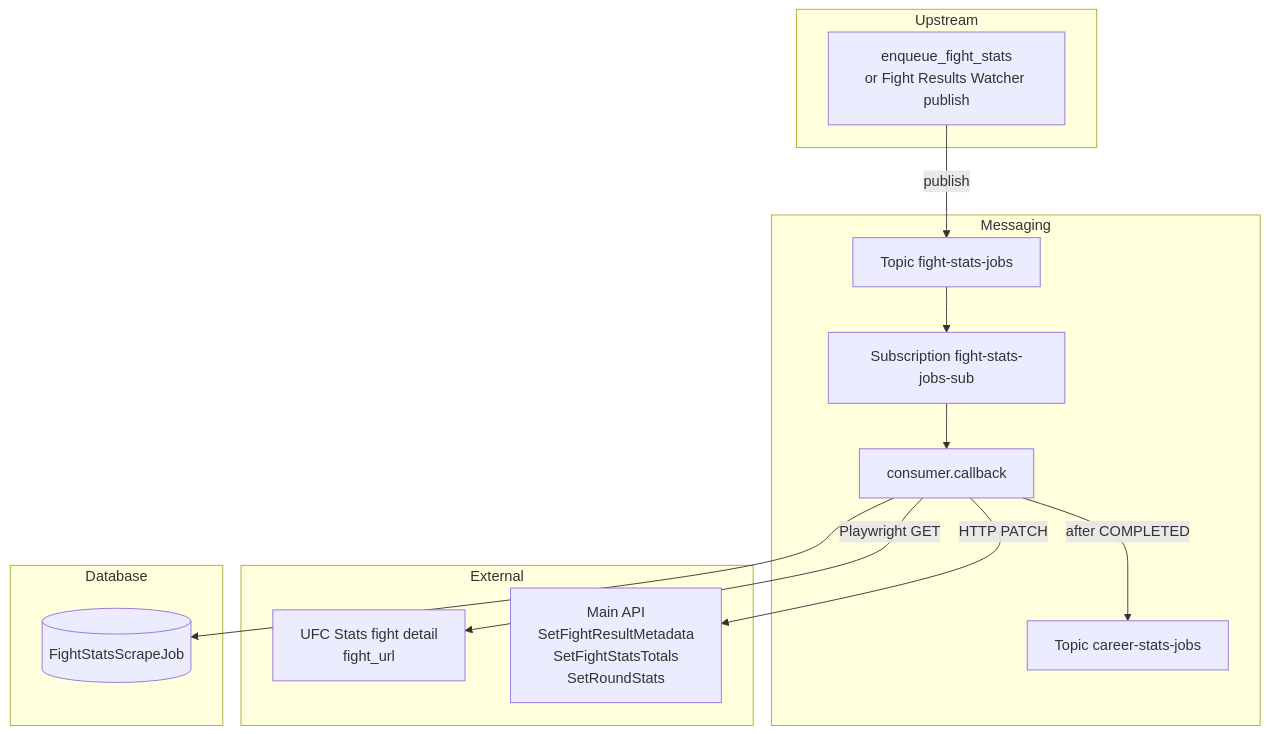
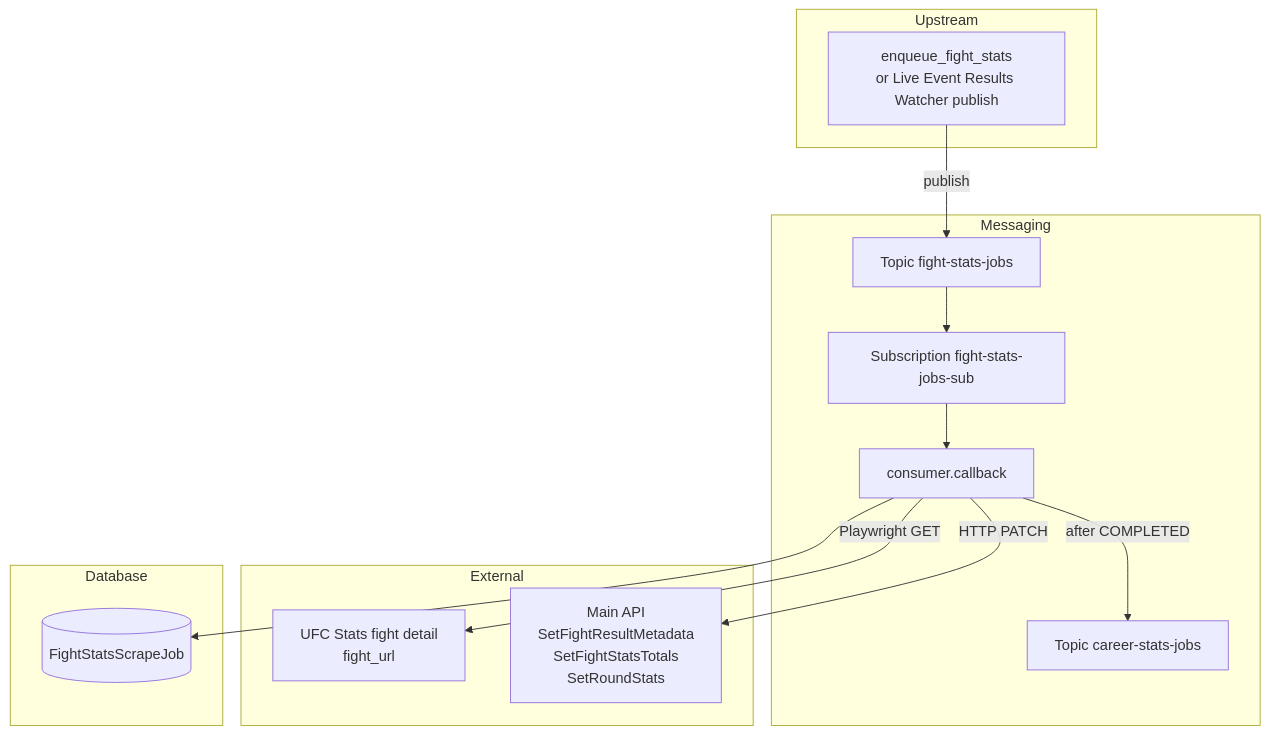
The diagram in backend/ufc_data_pipeline/fights/fight_stats/docs/fight-stats.md (treyrachall10/ufc-fantasy-app), drawn with Mermaid before and after one commit. The commit also changed other lines of this file and 10 other files, not shown here.

````diff
--- a/backend/ufc_data_pipeline/fights/fight_stats/docs/fight-stats.md
+++ b/backend/ufc_data_pipeline/fights/fight_stats/docs/fight-stats.md
@@ -81,24 +81,24 @@
 ```mermaid
 flowchart TB
   subgraph upstream [Upstream]
-    ENQ["enqueue_fight_stats\nor Fight Results Watcher publish"]
+    ENQ["enqueue_fight_stats\nor Live Event Results Watcher publish"]
   end
   subgraph messaging [Messaging]
     T["Topic fight-stats-jobs"]
     Sub["Subscription fight-stats-jobs-sub"]
     CB["consumer.callback"]
     CT["Topic career-stats-jobs"]
   end
   subgraph external [External]
     UFC["UFC Stats fight detail\nfight_url"]
     API["Main API\nSetFightResultMetadata\nSetFightStatsTotals\nSetRoundStats"]
   end
   subgraph db [Database]
     J[("FightStatsScrapeJob")]
   end
   ENQ -->|publish| T --> Sub --> CB
   CB -->|Playwright GET| UFC
   CB --> J
   CB -->|HTTP PATCH| API
   CB -->|after COMPLETED| CT
 ```
````
